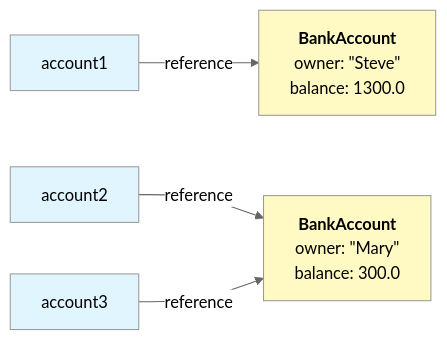
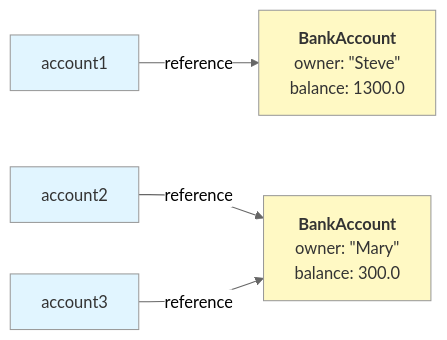
One commit to hh-programming-1/materials changed the second of 2 diagrams in materials/classes-and-objects.md. Above: the diagram before and after it, drawn with Mermaid (neutral theme). The commit also changed other lines of this file, not shown here.

````diff
--- a/materials/classes-and-objects.md
+++ b/materials/classes-and-objects.md
@@ -237,12 +253,12 @@
 ```mermaid
 graph LR
     A["account1"] -->|reference| B["<b>BankAccount</b><br/>owner: #quot;Steve#quot;<br/>balance: 1300.0"]
     C["account2"] -->|reference| D["<b>BankAccount</b><br/>owner: #quot;Mary#quot;<br/>balance: 300.0"]
     E["account3"] -->|reference| D
-    
-    style A fill:#e1f5ff
-    style C fill:#e1f5ff
-    style E fill:#e1f5ff
-    style B fill:#fff9c4
-    style D fill:#fff9c4
+
+    style A fill:#e1f5ff,color:#333
+    style C fill:#e1f5ff,color:#333
+    style E fill:#e1f5ff,color:#333
+    style B fill:#fff9c4,color:#333
+    style D fill:#fff9c4,color:#333
 ```
````
